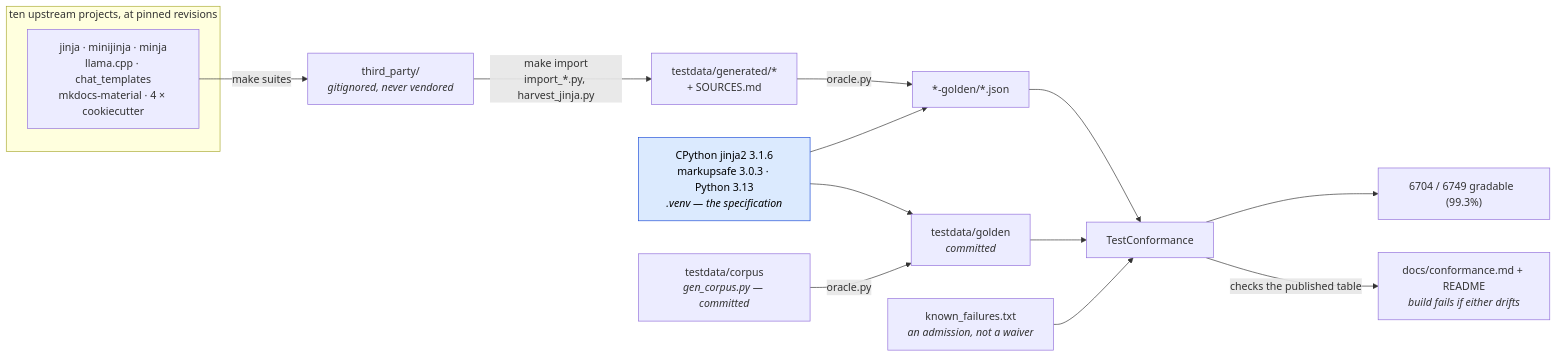
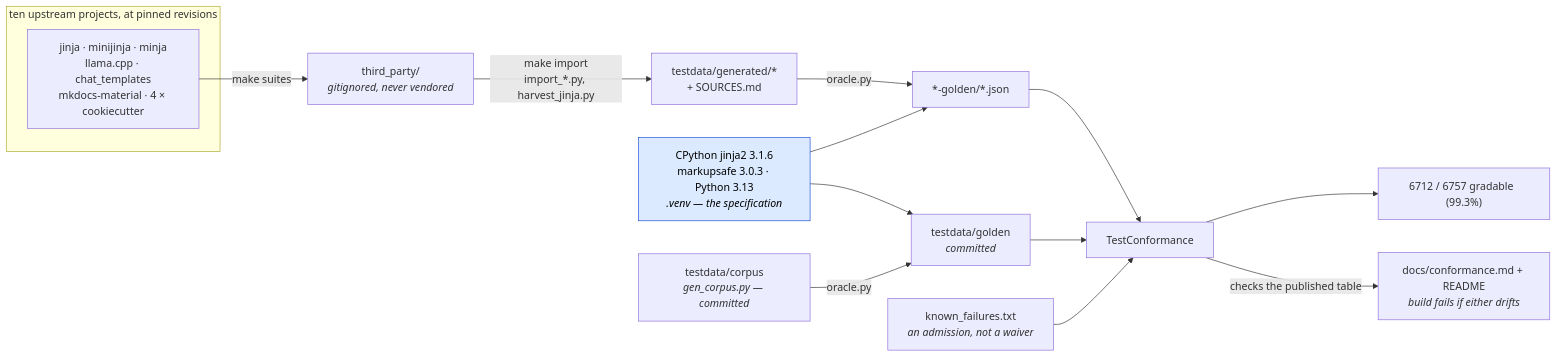
The first of 2 diagrams in docs/conformance.md (mgilbir/gojja2), drawn with Mermaid before and after one commit. The commit also changed other lines of this file and 30 other files, not shown here.

````diff
--- a/docs/conformance.md
+++ b/docs/conformance.md
@@ -17,24 +17,24 @@
 ```mermaid
 flowchart LR
     subgraph up["ten upstream projects, at pinned revisions"]
         U1["jinja · minijinja · minja<br/>llama.cpp · chat_templates<br/>mkdocs-material · 4 × cookiecutter"]
     end
     U1 -->|"make suites"| TP["third_party/<br/><i>gitignored, never vendored</i>"]
     TP -->|"make import<br/>import_*.py, harvest_jinja.py"| GEN["testdata/generated/*<br/>+ SOURCES.md"]
 
     ORA["CPython jinja2 3.1.6<br/>markupsafe 3.0.3 · Python 3.13<br/><i>.venv — the specification</i>"]
     GEN -->|"oracle.py"| G2["*-golden/*.json"]
     ORA --> G2
 
     OWN["testdata/corpus<br/><i>gen_corpus.py — committed</i>"] -->|"oracle.py"| G1["testdata/golden<br/><i>committed</i>"]
     ORA --> G1
 
     G1 --> TC["TestConformance"]
     G2 --> TC
     KF["known_failures.txt<br/><i>an admission, not a waiver</i>"] --> TC
-    TC --> RATE["6704 / 6749 gradable  (99.3%)"]
+    TC --> RATE["6712 / 6757 gradable  (99.3%)"]
     TC -->|"checks the published table"| RM["docs/conformance.md + README<br/><i>build fails if either drifts</i>"]
 
     classDef spec fill:#dbeafe,stroke:#1d4ed8,color:#000
     class ORA spec
 ```
````
